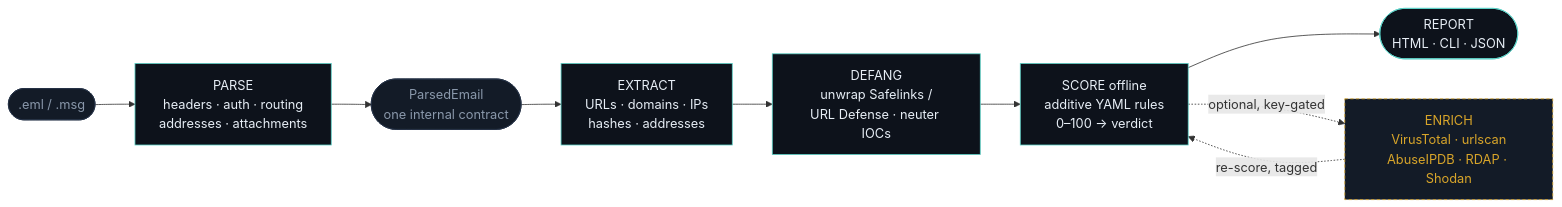
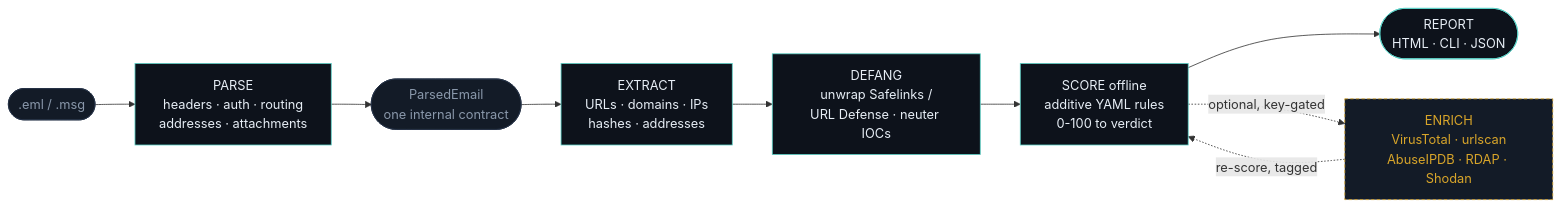
Before and after one commit to NotACop38/PhishBowl: the diagram in README.md, drawn with Mermaid. The commit also changed other lines of this file and 4 other files, not shown here.

````diff
--- a/README.md
+++ b/README.md
@@ -135,19 +156,19 @@
 ```mermaid
 flowchart LR
     IN([".eml / .msg"]) --> P["PARSE<br/>headers · auth · routing<br/>addresses · attachments"]
     P --> M(["ParsedEmail<br/>one internal contract"])
     M --> X["EXTRACT<br/>URLs · domains · IPs<br/>hashes · addresses"]
     X --> D["DEFANG<br/>unwrap Safelinks /<br/>URL Defense · neuter IOCs"]
-    D --> S["SCORE offline<br/>additive YAML rules<br/>0–100 → verdict"]
+    D --> S["SCORE offline<br/>additive YAML rules<br/>0-100 to verdict"]
     S --> R(["REPORT<br/>HTML · CLI · JSON"])
 
     S -.->|optional, key-gated| E["ENRICH<br/>VirusTotal · urlscan<br/>AbuseIPDB · RDAP · Shodan"]
     E -.->|re-score, tagged| S
 
     classDef core fill:#0d121b,stroke:#5ed3c9,stroke-width:1px,color:#e7eef6;
     classDef io fill:#131b27,stroke:#243044,color:#8a98ab;
     classDef opt fill:#131b27,stroke:#d8a52a,stroke-dasharray:4 3,color:#d8a52a;
     class P,X,D,S,R core;
     class IN,M io;
     class E opt;
 ```
````
